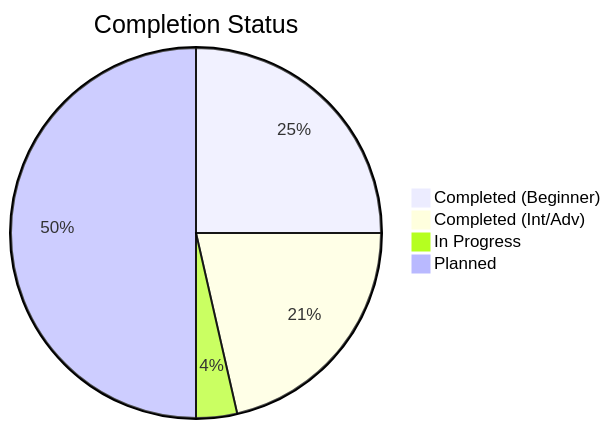
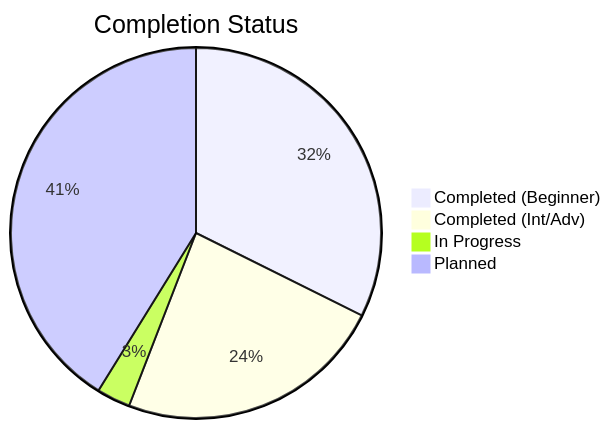
The third of 3 diagrams in 1-Beginner/02-Phase-2/01-Automation/AUTOMATION_MASTER_INDEX.md (Ganil151/Devops), drawn with Mermaid before and after one commit. The commit also changed other lines of this file and 22 other files, not shown here.

````diff
--- a/1-Beginner/02-Phase-2/01-Automation/AUTOMATION_MASTER_INDEX.md
+++ b/1-Beginner/02-Phase-2/01-Automation/AUTOMATION_MASTER_INDEX.md
@@ -627,7 +707,7 @@
 ```mermaid
 pie title Completion Status
-    "Completed (Beginner)" : 7
-    "Completed (Int/Adv)" : 6
+    "Completed (Beginner)" : 11
+    "Completed (Int/Adv)" : 8
     "In Progress" : 1
     "Planned" : 14
 ```
````
